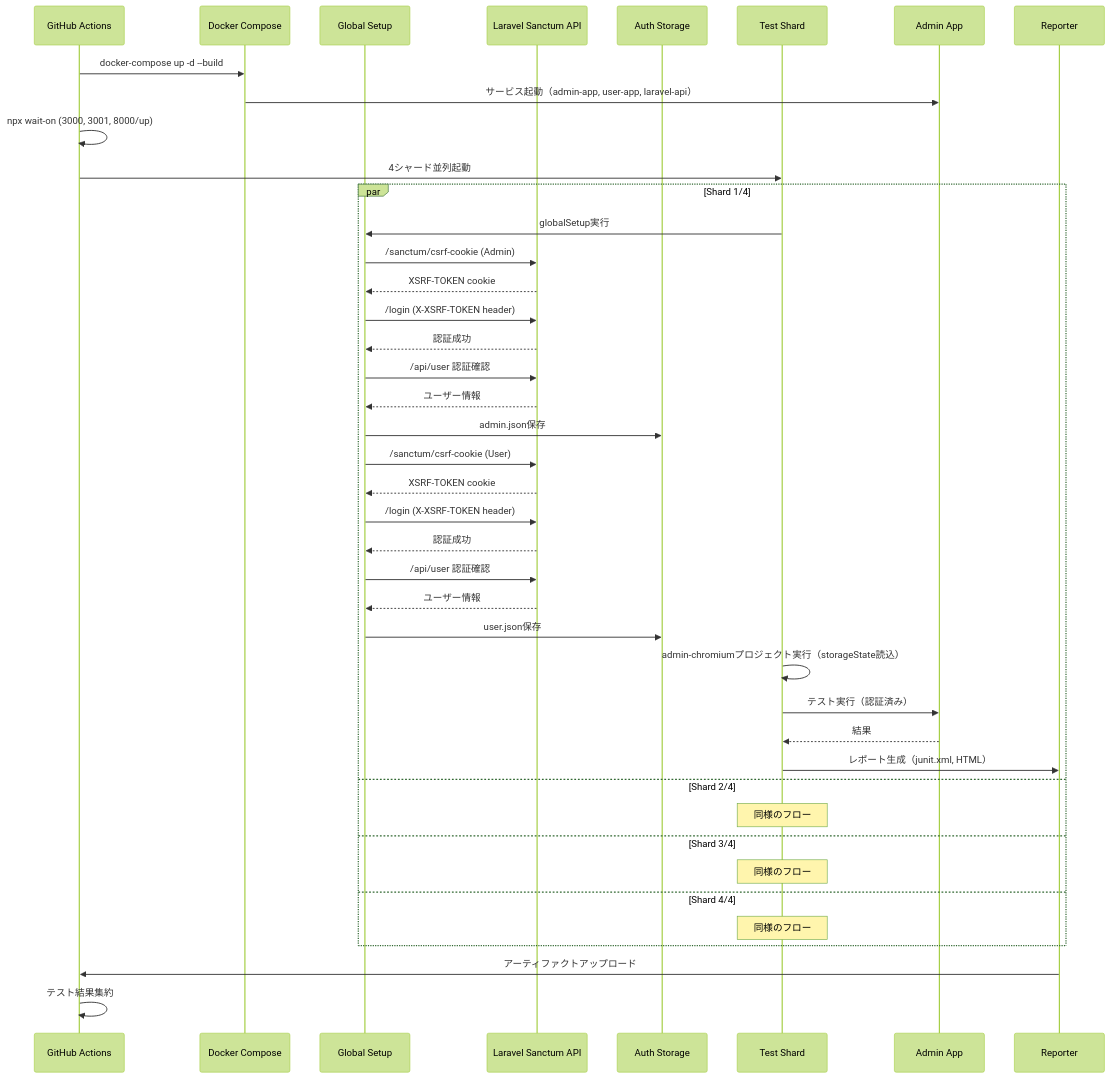
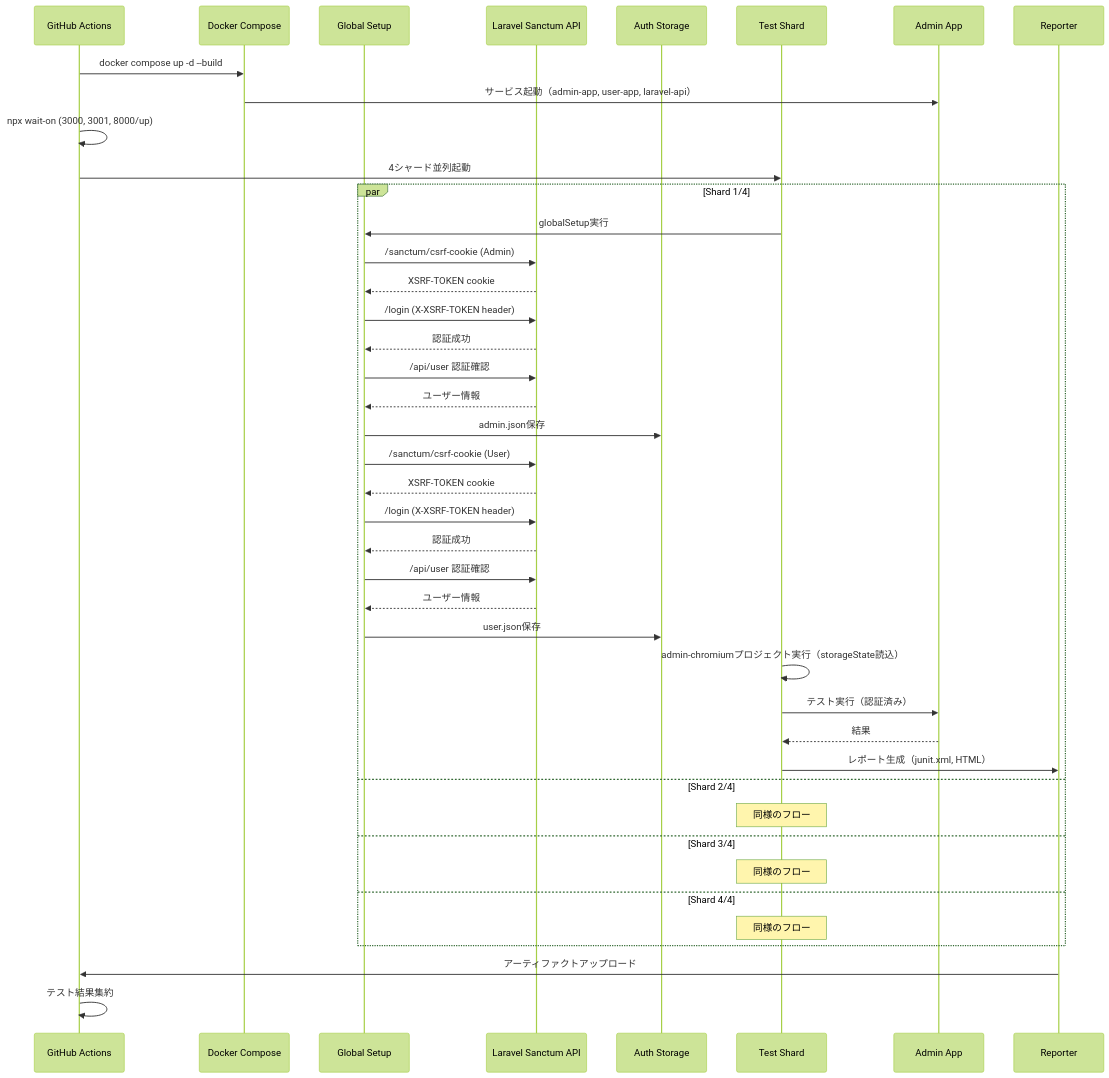
The second of 4 diagrams in .kiro/specs/e2e-test-environment-setup/design.md (ef-tech/laravel-next-b2c), drawn with Mermaid (forest theme) before and after one commit. The commit also changed other lines of this file and 12 other files, not shown here.

First line of the commit message:
Docs: 📝 docker-compose → docker compose 表記統一（Docker Compose V2対応）

````diff
--- a/.kiro/specs/e2e-test-environment-setup/design.md
+++ b/.kiro/specs/e2e-test-environment-setup/design.md
@@ -264,51 +264,51 @@
 ```mermaid
 sequenceDiagram
     participant GHA as GitHub Actions
     participant Docker as Docker Compose
     participant GlobalSetup as Global Setup
     participant Sanctum as Laravel Sanctum API
     participant Storage as Auth Storage
     participant Shard as Test Shard
     participant AdminApp as Admin App
     participant Reporter as Reporter
 
-    GHA->>Docker: docker-compose up -d --build
+    GHA->>Docker: docker compose up -d --build
     Docker->>AdminApp: サービス起動（admin-app, user-app, laravel-api）
     GHA->>GHA: npx wait-on (3000, 3001, 8000/up)
 
     GHA->>Shard: 4シャード並列起動
 
     par Shard 1/4
         Shard->>GlobalSetup: globalSetup実行
         GlobalSetup->>Sanctum: /sanctum/csrf-cookie (Admin)
         Sanctum-->>GlobalSetup: XSRF-TOKEN cookie
         GlobalSetup->>Sanctum: /login (X-XSRF-TOKEN header)
         Sanctum-->>GlobalSetup: 認証成功
         GlobalSetup->>Sanctum: /api/user 認証確認
         Sanctum-->>GlobalSetup: ユーザー情報
         GlobalSetup->>Storage: admin.json保存
 
         GlobalSetup->>Sanctum: /sanctum/csrf-cookie (User)
         Sanctum-->>GlobalSetup: XSRF-TOKEN cookie
         GlobalSetup->>Sanctum: /login (X-XSRF-TOKEN header)
         Sanctum-->>GlobalSetup: 認証成功
         GlobalSetup->>Sanctum: /api/user 認証確認
         Sanctum-->>GlobalSetup: ユーザー情報
         GlobalSetup->>Storage: user.json保存
 
         Shard->>Shard: admin-chromiumプロジェクト実行（storageState読込）
         Shard->>AdminApp: テスト実行（認証済み）
         AdminApp-->>Shard: 結果
 
         Shard->>Reporter: レポート生成（junit.xml, HTML）
     and Shard 2/4
         Note over Shard: 同様のフロー
     and Shard 3/4
         Note over Shard: 同様のフロー
     and Shard 4/4
         Note over Shard: 同様のフロー
     end
 
     Reporter->>GHA: アーティファクトアップロード
     GHA->>GHA: テスト結果集約
 ```
````
